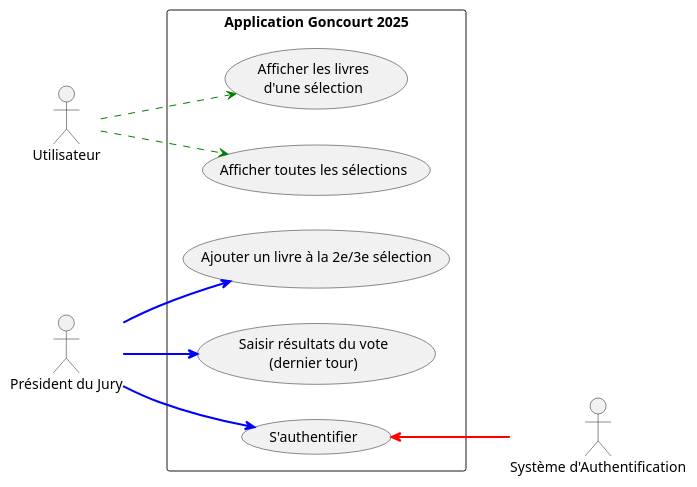
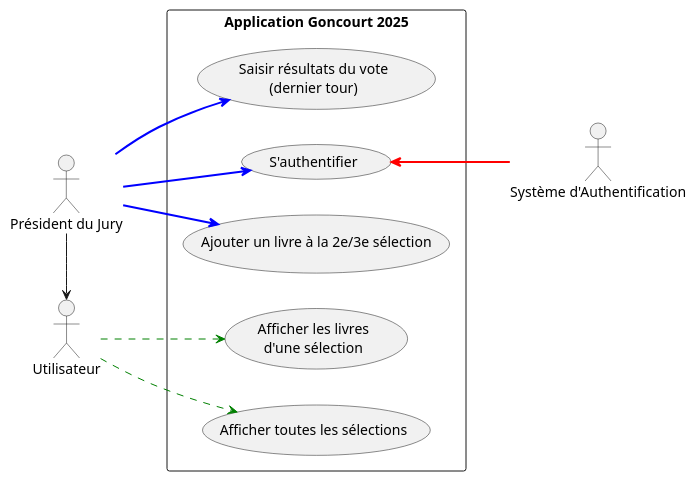
One commit to iassine4/Goncourt-Prize changed the diagram in doc/uml/1-use_case/prix_goncourt-use_case.puml. Above: the diagram before and after it, drawn with PlantUML. The commit also changed 5 other files, not shown here.

```diff
--- a/doc/uml/1-use_case/prix_goncourt-use_case.puml
+++ b/doc/uml/1-use_case/prix_goncourt-use_case.puml
@@ -1,25 +1,27 @@
 @startuml
 left to right direction
 
 actor "Utilisateur" as User
 actor "Président du Jury" as President
 actor "Système d'Authentification" as Auth
 
 rectangle "Application Goncourt 2025" {
     usecase "Afficher les livres\nd'une sélection" as UC1
     usecase "Afficher toutes les sélections" as UC2
     usecase "Ajouter un livre à la 2e/3e sélection" as UC3
     usecase "Saisir résultats du vote\n(dernier tour)" as UC4
     usecase "S'authentifier" as UC5
 }
 
 User --> UC1 #green;line.dashed;text:green
 User --> UC2 #green;line.dashed;text:green
 
 President --> UC3 #line:blue;line.bold;
 President --> UC4 #line:blue;line.bold;
 President --> UC5 #line:blue;line.bold;
 
+President -> User
+
 UC5 <-- Auth #line:red;line.bold;text:red
 
 @enduml
```
